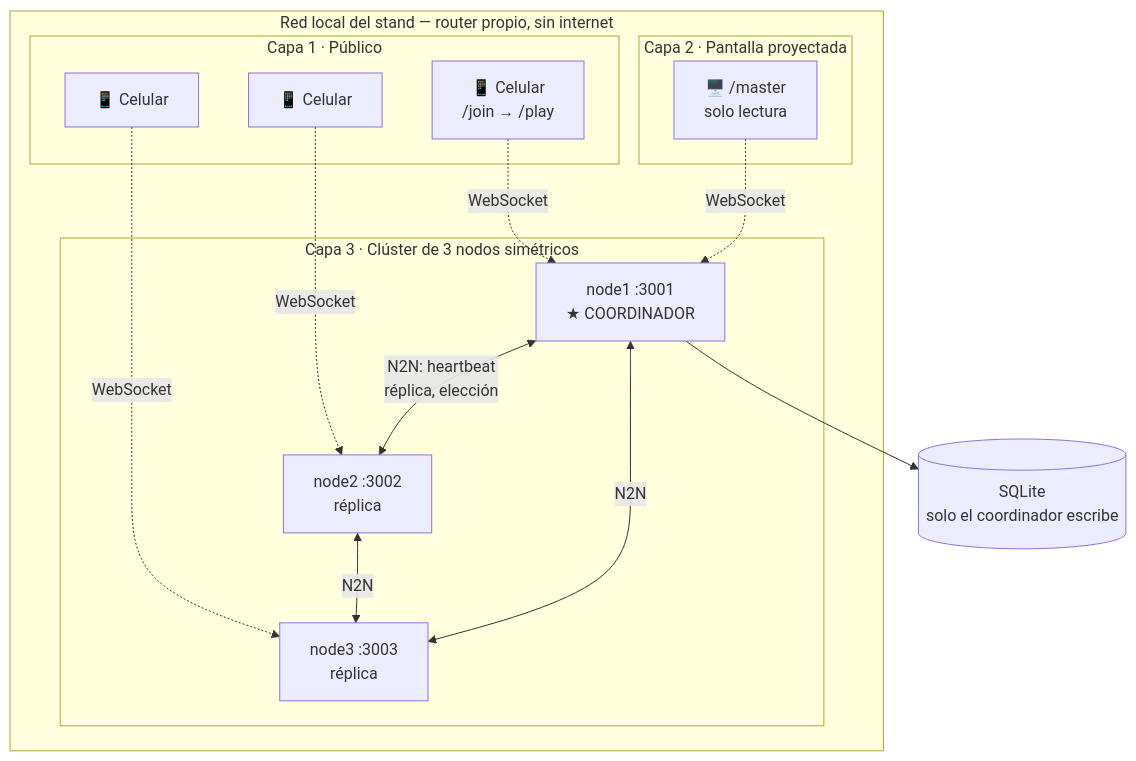
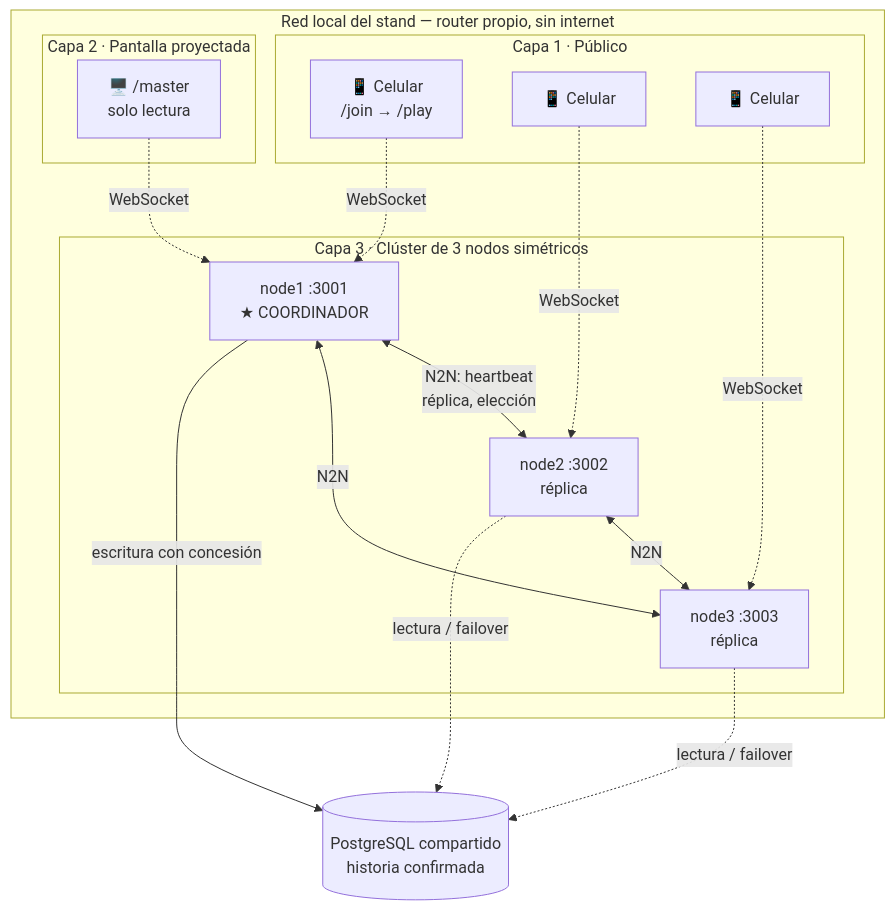
One commit to acampanaa/silunet changed the first of 4 diagrams in README.md. Above: the diagram before and after it, drawn with Mermaid. The commit also changed other lines of this file and 7 other files, not shown here.

First line of the commit message:
README completo con arquitectura, diagramas y guia de despliegue

````diff
--- a/README.md
+++ b/README.md
@@ -145,31 +148,34 @@
 ```mermaid
 flowchart TB
     subgraph LAN["Red local del stand — router propio, sin internet"]
         subgraph Cap1["Capa 1 · Público"]
             C1["📱 Celular<br/>/join → /play"]
             C2["📱 Celular"]
             C3["📱 Celular"]
         end
 
         subgraph Cap2["Capa 2 · Pantalla proyectada"]
             M["🖥️ /master<br/>solo lectura"]
         end
 
         subgraph Cap3["Capa 3 · Clúster de 3 nodos simétricos"]
             N1["node1 :3001<br/>★ COORDINADOR"]
             N2["node2 :3002<br/>réplica"]
             N3["node3 :3003<br/>réplica"]
         end
     end
 
     C1 -.->|WebSocket| N1
     C2 -.->|WebSocket| N2
     C3 -.->|WebSocket| N3
     M  -.->|WebSocket| N1
 
     N1 <-->|"N2N: heartbeat<br/>réplica, elección"| N2
     N2 <-->|N2N| N3
     N1 <-->|N2N| N3
 
-    N1 --> DB1[("SQLite<br/>solo el coordinador escribe")]
+    DB[("PostgreSQL compartido<br/>historia confirmada")]
+    N1 -->|escritura con concesión| DB
+    N2 -.->|lectura / failover| DB
+    N3 -.->|lectura / failover| DB
 ```
````
